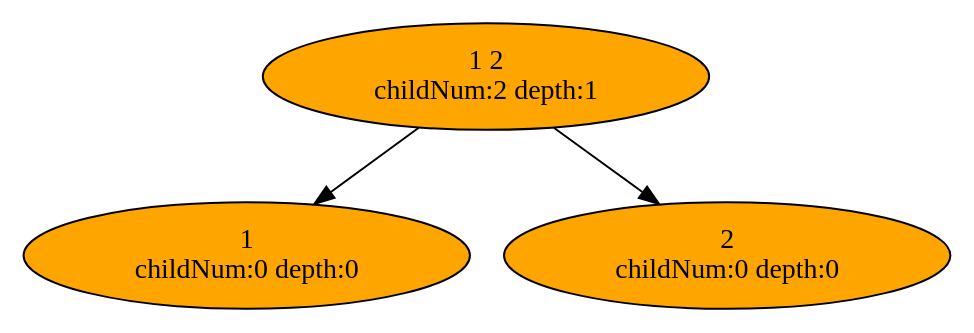
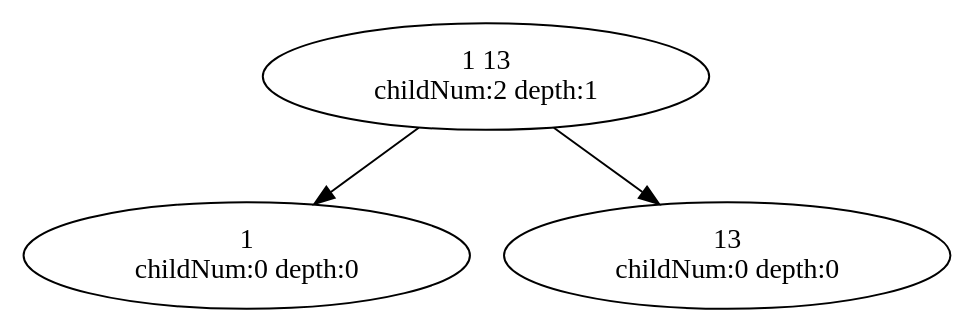
The diagram in Digraph.gv (YoujiaZhang/MerkleTree), drawn with Graphviz before and after one commit. The commit also changed 3 other files, not shown here.

```diff
--- a/Digraph.gv
+++ b/Digraph.gv
@@ -1,10 +1,10 @@
 digraph MerkleTree {
-	1636615728.085443 [label="1 2
-childNum:2 depth:1" fillcolor="#FFA500" style=filled]
-	1636615728.085443 -> 1636615728.0850396
-	1636615728.085443 -> 1636615728.085278
-	1636615728.0850396 [label="1
-childNum:0 depth:0" fillcolor="#FFA500" style=filled]
-	1636615728.085278 [label="2
-childNum:0 depth:0" fillcolor="#FFA500" style=filled]
+	1636621370.1091254 [label="1 13
+childNum:2 depth:1" fillcolor="#FFFFFF" style=filled]
+	1636621370.1091254 -> 1636621370.1084409
+	1636621370.1091254 -> 1636621370.1090055
+	1636621370.1084409 [label="1
+childNum:0 depth:0" fillcolor="#FFFFFF" style=filled]
+	1636621370.1090055 [label="13
+childNum:0 depth:0" fillcolor="#FFFFFF" style=filled]
 }
```
